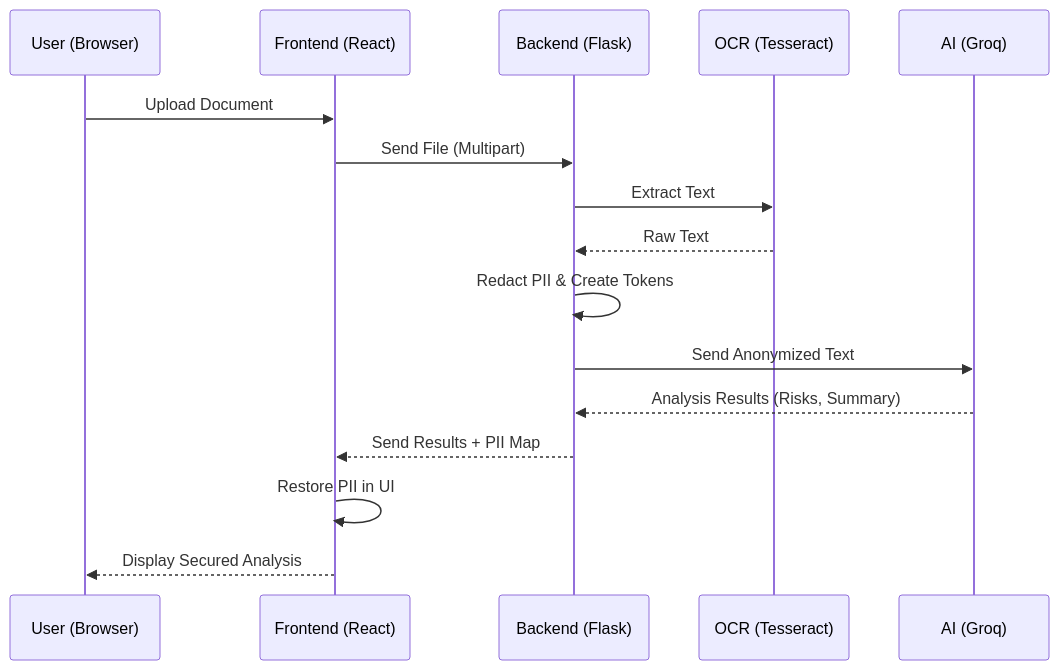
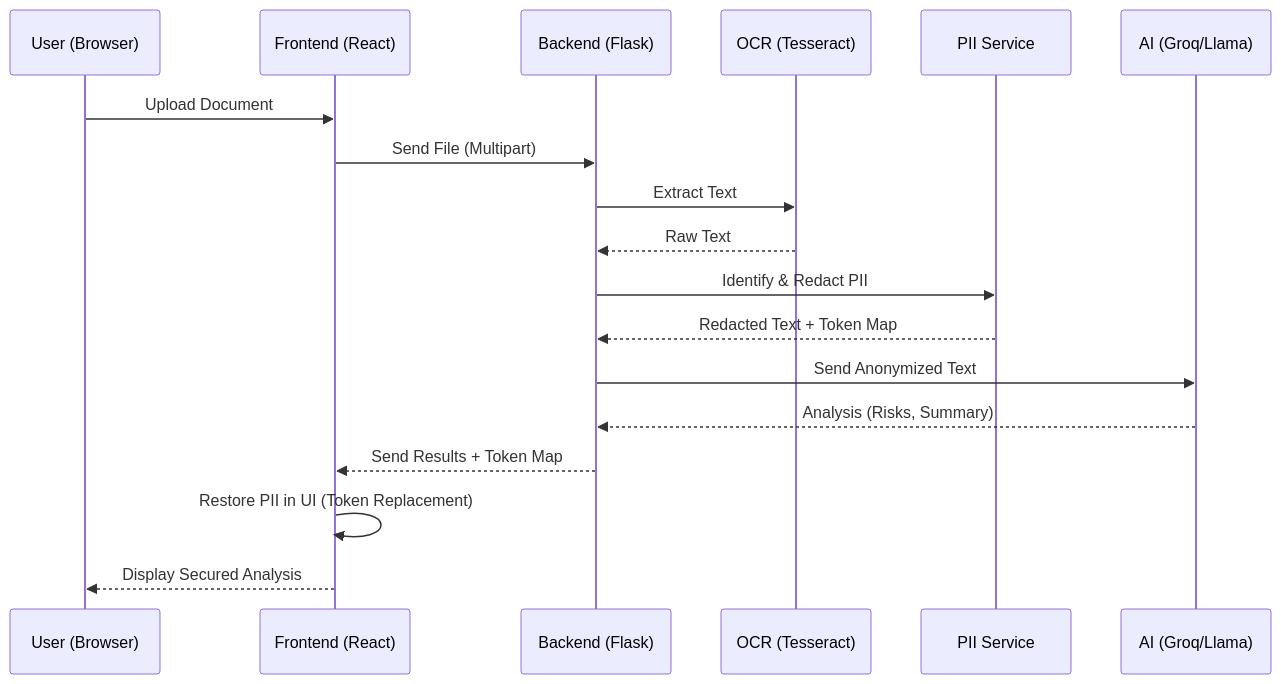
Before and after one commit to vijayalakshmithokala1/SmartLaw: the second of 5 diagrams in SmartLaw_Project_Report.md, drawn with Mermaid. The commit also changed other lines of this file and 9 other files, not shown here.

````diff
--- a/SmartLaw_Project_Report.md
+++ b/SmartLaw_Project_Report.md
@@ -208,19 +214,21 @@
 ```mermaid
 sequenceDiagram
     participant U as User (Browser)
     participant F as Frontend (React)
     participant B as Backend (Flask)
     participant O as OCR (Tesseract)
-    participant A as AI (Groq)
+    participant P as PII Service
+    participant A as AI (Groq/Llama)
 
     U->>F: Upload Document
     F->>B: Send File (Multipart)
     B->>O: Extract Text
     O-->>B: Raw Text
-    B->>B: Redact PII & Create Tokens
+    B->>P: Identify & Redact PII
+    P-->>B: Redacted Text + Token Map
     B->>A: Send Anonymized Text
-    A-->>B: Analysis Results (Risks, Summary)
-    B-->>F: Send Results + PII Map
-    F->>F: Restore PII in UI
+    A-->>B: Analysis (Risks, Summary)
+    B-->>F: Send Results + Token Map
+    F->>F: Restore PII in UI (Token Replacement)
     F-->>U: Display Secured Analysis
 ```
````
